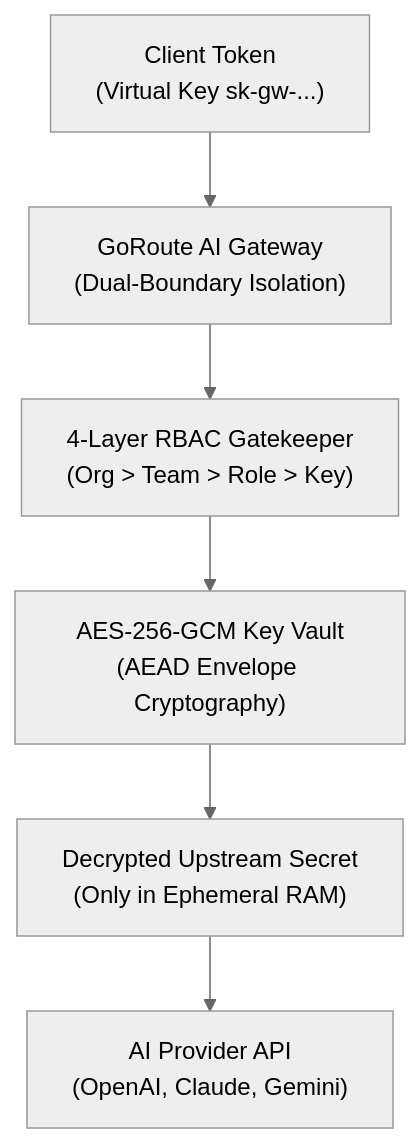
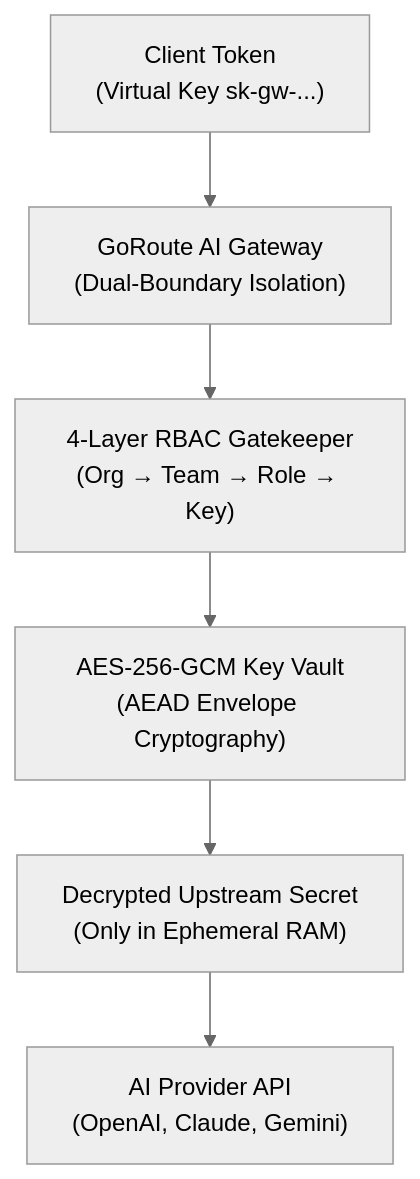
One commit to goroute-ai/goroute-ai.github.io changed the diagram in docs/finops-and-security/rbac-and-vault.md. Above: the diagram before and after it, drawn with Mermaid (neutral theme). The commit also changed 13 other files, not shown here.

Commit message:
fix(docs): resolve Mermaid syntax errors and unquoted edge labels across guides

````diff
--- a/docs/finops-and-security/rbac-and-vault.md
+++ b/docs/finops-and-security/rbac-and-vault.md
@@ -10,8 +10,8 @@
 ```mermaid
 graph TD
     Client["Client Token<br/>(Virtual Key sk-gw-...)"] --> Gateway["GoRoute AI Gateway<br/>(Dual-Boundary Isolation)"]
-    Gateway --> RBAC["4-Layer RBAC Gatekeeper<br/>(Org &gt; Team &gt; Role &gt; Key)"]
+    Gateway --> RBAC["4-Layer RBAC Gatekeeper<br/>(Org → Team → Role → Key)"]
     RBAC --> Vault["AES-256-GCM Key Vault<br/>(AEAD Envelope Cryptography)"]
     Vault --> Decrypted["Decrypted Upstream Secret<br/>(Only in Ephemeral RAM)"]
     Decrypted --> Provider["AI Provider API<br/>(OpenAI, Claude, Gemini)"]
 ```
````
